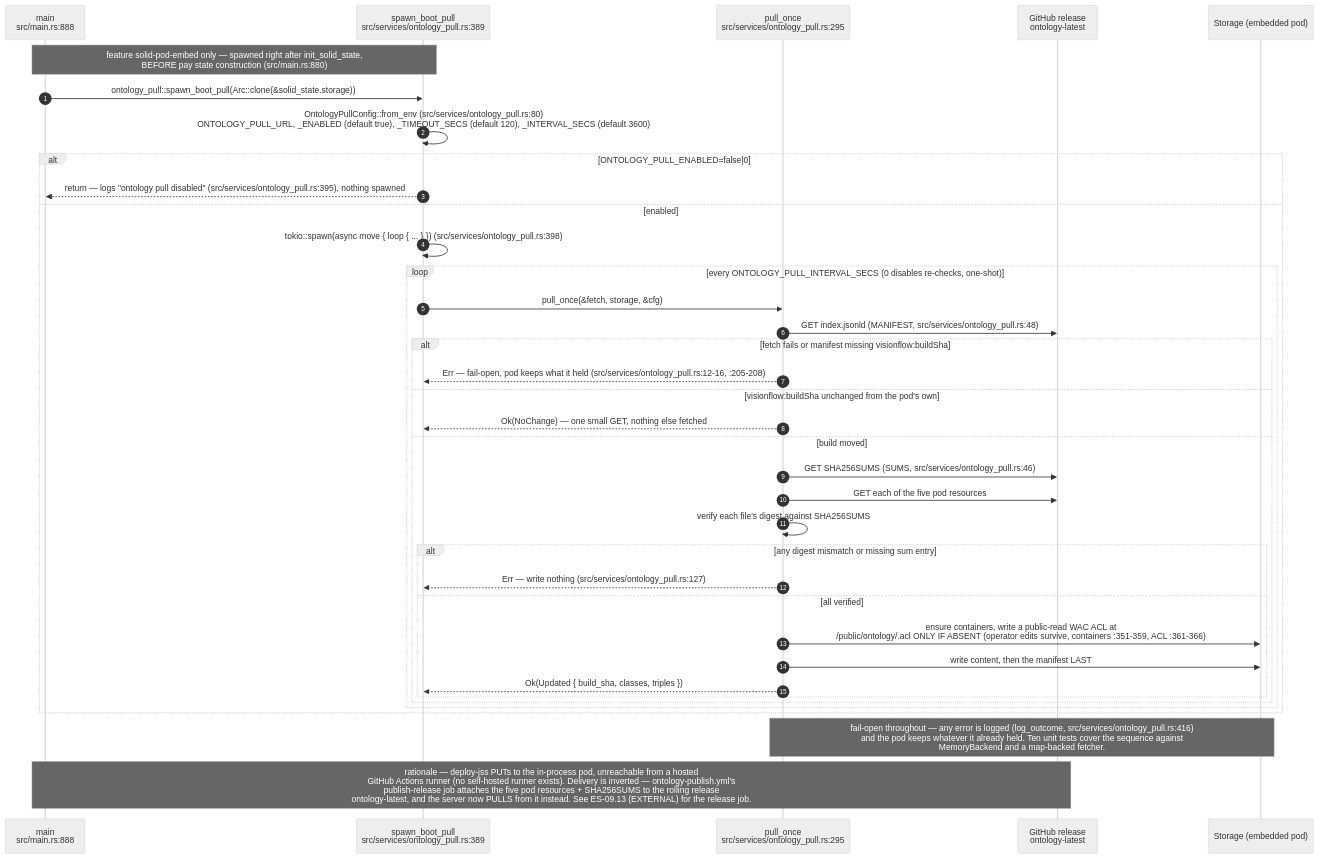
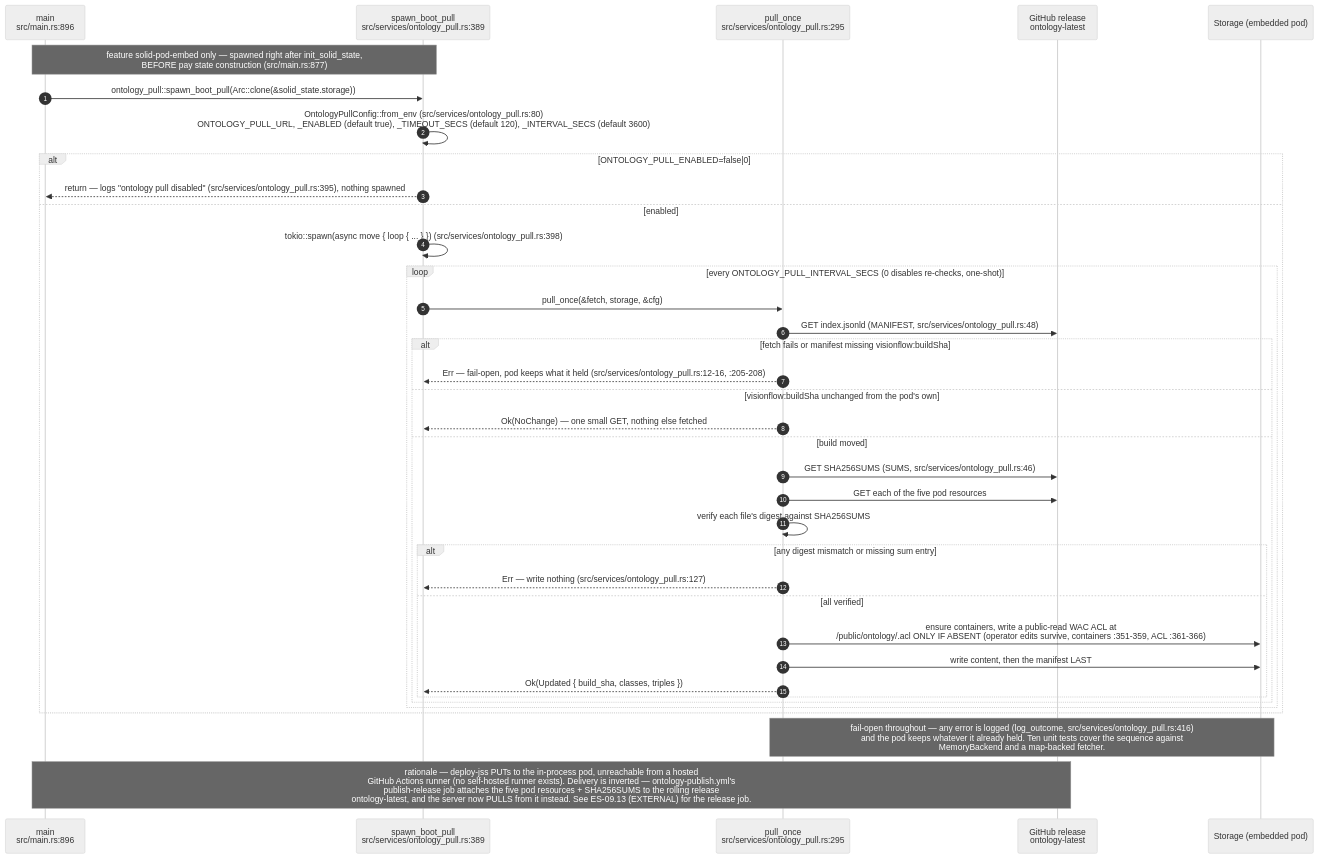
Diagram 13 of 13 in docs/diagrams/visionclaw/01-boot-and-app-state.md (DreamLab-AI/VisionFlow), drawn with Mermaid (neutral theme) before and after one commit. The commit also changed other lines of this file and 4 other files, not shown here.

Commit message:
docs(diagrams): visionclaw 01 and 04 after the graph_state_handler removal

````diff
--- a/docs/diagrams/visionclaw/01-boot-and-app-state.md
+++ b/docs/diagrams/visionclaw/01-boot-and-app-state.md
@@ -476,40 +477,40 @@
 ```mermaid
 sequenceDiagram
     autonumber
-    participant M as main<br/>src/main.rs:888
+    participant M as main<br/>src/main.rs:896
     participant SB as spawn_boot_pull<br/>src/services/ontology_pull.rs:389
     participant PO as pull_once<br/>src/services/ontology_pull.rs:295
     participant GH as GitHub release<br/>ontology-latest
     participant ST as Storage (embedded pod)
 
-    Note over M,SB: feature solid-pod-embed only — spawned right after init_solid_state,<br/>BEFORE pay state construction (src/main.rs:880)
+    Note over M,SB: feature solid-pod-embed only — spawned right after init_solid_state,<br/>BEFORE pay state construction (src/main.rs:877)
     M->>SB: ontology_pull::spawn_boot_pull(Arc::clone(&solid_state.storage))
     SB->>SB: OntologyPullConfig::from_env (src/services/ontology_pull.rs:80)<br/>ONTOLOGY_PULL_URL, _ENABLED (default true), _TIMEOUT_SECS (default 120), _INTERVAL_SECS (default 3600)
     alt ONTOLOGY_PULL_ENABLED=false|0
         SB-->>M: return — logs "ontology pull disabled" (src/services/ontology_pull.rs:395), nothing spawned
     else enabled
         SB->>SB: tokio::spawn(async move { loop { ... } }) (src/services/ontology_pull.rs:398)
         loop every ONTOLOGY_PULL_INTERVAL_SECS (0 disables re-checks, one-shot)
             SB->>PO: pull_once(&fetch, storage, &cfg)
             PO->>GH: GET index.jsonld (MANIFEST, src/services/ontology_pull.rs:48)
             alt fetch fails or manifest missing visionflow:buildSha
                 PO-->>SB: Err — fail-open, pod keeps what it held (src/services/ontology_pull.rs:12-16, :205-208)
             else visionflow:buildSha unchanged from the pod's own
                 PO-->>SB: Ok(NoChange) — one small GET, nothing else fetched
             else build moved
                 PO->>GH: GET SHA256SUMS (SUMS, src/services/ontology_pull.rs:46)
                 PO->>GH: GET each of the five pod resources
                 PO->>PO: verify each file's digest against SHA256SUMS
                 alt any digest mismatch or missing sum entry
                     PO-->>SB: Err — write nothing (src/services/ontology_pull.rs:127)
                 else all verified
                     PO->>ST: ensure containers, write a public-read WAC ACL at<br/>/public/ontology/.acl ONLY IF ABSENT (operator edits survive, containers :351-359, ACL :361-366)
                     PO->>ST: write content, then the manifest LAST
                     PO-->>SB: Ok(Updated { build_sha, classes, triples })
                 end
             end
         end
     end
     Note over PO,ST: fail-open throughout — any error is logged (log_outcome, src/services/ontology_pull.rs:416)<br/>and the pod keeps whatever it already held. Ten unit tests cover the sequence against<br/>MemoryBackend and a map-backed fetcher.
     Note over M,GH: rationale — deploy-jss PUTs to the in-process pod, unreachable from a hosted<br/>GitHub Actions runner (no self-hosted runner exists). Delivery is inverted — ontology-publish.yml's<br/>publish-release job attaches the five pod resources + SHA256SUMS to the rolling release<br/>ontology-latest, and the server now PULLS from it instead. See ES-09.13 (EXTERNAL) for the release job.
 ```
````
